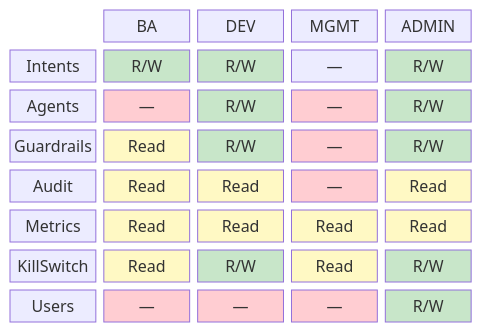
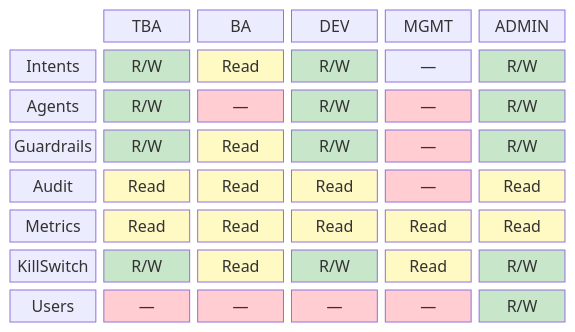
The fourth of 14 diagrams in docs/STRATEGY_VENDOR_AGNOSTIC.md (xiaodoushabing/chatbot-chat), drawn with Mermaid before and after one commit. The commit also changed other lines of this file and 12 other files, not shown here.

````diff
--- a/docs/STRATEGY_VENDOR_AGNOSTIC.md
+++ b/docs/STRATEGY_VENDOR_AGNOSTIC.md
@@ -244,41 +244,48 @@
 ```mermaid
 block-beta
-    columns 5
-    space:1 BA DEV MGMT ADMIN
+    columns 6
+    space:1 TBA BA DEV MGMT ADMIN
 
-    Intents:1 ba_i["R/W"] dev_i["R/W"] mgmt_i["—"] admin_i["R/W"]
-    Agents:1 ba_a["—"] dev_a["R/W"] mgmt_a["—"] admin_a["R/W"]
-    Guardrails:1 ba_g["Read"] dev_g["R/W"] mgmt_g["—"] admin_g["R/W"]
-    Audit:1 ba_au["Read"] dev_au["Read"] mgmt_au["—"] admin_au["Read"]
-    Metrics:1 ba_m["Read"] dev_m["Read"] mgmt_m["Read"] admin_m["Read"]
-    KillSwitch:1 ba_k["Read"] dev_k["R/W"] mgmt_k["Read"] admin_k["R/W"]
-    Users:1 ba_u["—"] dev_u["—"] mgmt_u["—"] admin_u["R/W"]
+    Intents:1 tba_i["R/W"] ba_i["Read"] dev_i["R/W"] mgmt_i["—"] admin_i["R/W"]
+    Agents:1 tba_a["R/W"] ba_a["—"] dev_a["R/W"] mgmt_a["—"] admin_a["R/W"]
+    Guardrails:1 tba_g["R/W"] ba_g["Read"] dev_g["R/W"] mgmt_g["—"] admin_g["R/W"]
+    Audit:1 tba_au["Read"] ba_au["Read"] dev_au["Read"] mgmt_au["—"] admin_au["Read"]
+    Metrics:1 tba_m["Read"] ba_m["Read"] dev_m["Read"] mgmt_m["Read"] admin_m["Read"]
+    KillSwitch:1 tba_k["R/W"] ba_k["Read"] dev_k["R/W"] mgmt_k["Read"] admin_k["R/W"]
+    Users:1 tba_u["—"] ba_u["—"] dev_u["—"] mgmt_u["—"] admin_u["R/W"]
 
-    style ba_i fill:#c8e6c9
+    style tba_i fill:#c8e6c9
+    style ba_i fill:#fff9c4
     style dev_i fill:#c8e6c9
     style admin_i fill:#c8e6c9
+    style tba_a fill:#c8e6c9
     style ba_a fill:#ffcdd2
     style mgmt_a fill:#ffcdd2
     style dev_a fill:#c8e6c9
     style admin_a fill:#c8e6c9
+    style tba_g fill:#c8e6c9
     style ba_g fill:#fff9c4
     style dev_g fill:#c8e6c9
     style mgmt_g fill:#ffcdd2
     style admin_g fill:#c8e6c9
+    style tba_au fill:#fff9c4
     style ba_au fill:#fff9c4
     style dev_au fill:#fff9c4
     style mgmt_au fill:#ffcdd2
     style admin_au fill:#fff9c4
+    style tba_m fill:#fff9c4
     style ba_m fill:#fff9c4
     style dev_m fill:#fff9c4
     style mgmt_m fill:#fff9c4
     style admin_m fill:#fff9c4
+    style tba_k fill:#c8e6c9
     style ba_k fill:#fff9c4
     style dev_k fill:#c8e6c9
     style mgmt_k fill:#fff9c4
     style admin_k fill:#c8e6c9
+    style tba_u fill:#ffcdd2
     style ba_u fill:#ffcdd2
     style dev_u fill:#ffcdd2
     style mgmt_u fill:#ffcdd2
     style admin_u fill:#c8e6c9
 ```
````
